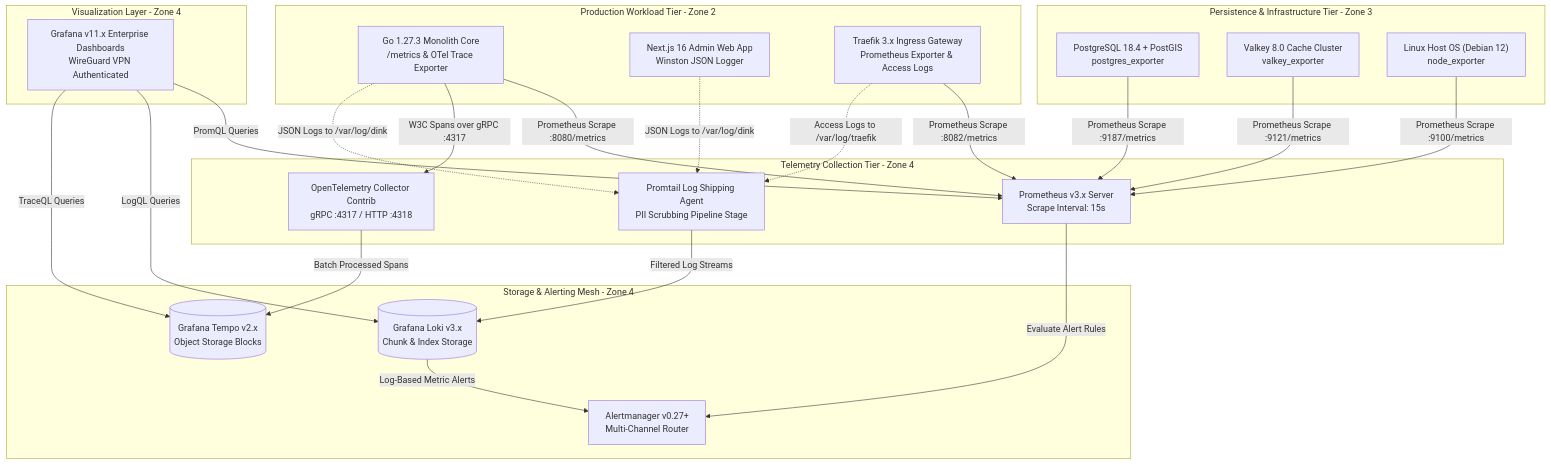
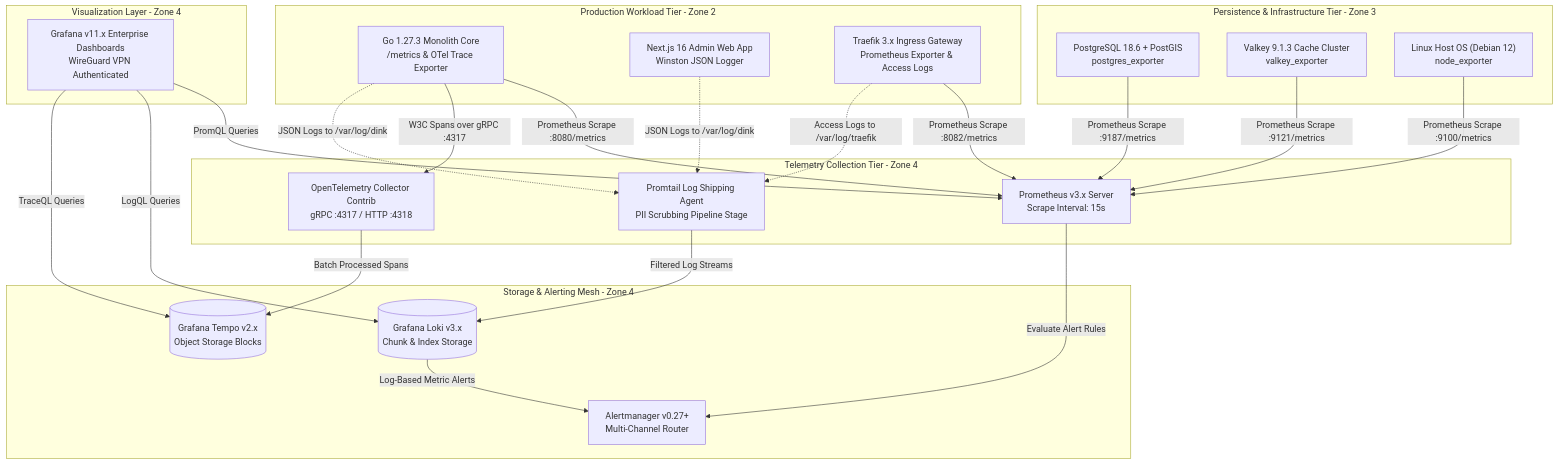
The second of 9 diagrams in docs/shared/architecture/11-observability-monitoring.md (YDink/Heavy-Machinery-Logistics-Rental), drawn with Mermaid before and after one commit. The commit also changed other lines of this file and 212 other files, not shown here.

````diff
--- a/docs/shared/architecture/11-observability-monitoring.md
+++ b/docs/shared/architecture/11-observability-monitoring.md
@@ -92,52 +92,52 @@
 ```mermaid
 flowchart TD
     subgraph WorkloadTier [Production Workload Tier - Zone 2]
         GoMonolith["Go 1.27.3 Monolith Core<br/>/metrics & OTel Trace Exporter"]
         AdminWeb["Next.js 16 Admin Web App<br/>Winston JSON Logger"]
         TraefikEdge["Traefik 3.x Ingress Gateway<br/>Prometheus Exporter & Access Logs"]
     end
 
     subgraph PersistenceTier [Persistence & Infrastructure Tier - Zone 3]
-        PGHost["PostgreSQL 18.4 + PostGIS<br/>postgres_exporter"]
-        ValkeyHost["Valkey 8.0 Cache Cluster<br/>valkey_exporter"]
+        PGHost["PostgreSQL 18.6 + PostGIS<br/>postgres_exporter"]
+        ValkeyHost["Valkey 9.1.3 Cache Cluster<br/>valkey_exporter"]
         LinuxHost["Linux Host OS (Debian 12)<br/>node_exporter"]
     end
 
     subgraph TelemetryIngress [Telemetry Collection Tier - Zone 4]
         OTelCol["OpenTelemetry Collector Contrib<br/>gRPC :4317 / HTTP :4318"]
         PromtailDaemon["Promtail Log Shipping Agent<br/>PII Scrubbing Pipeline Stage"]
         PrometheusServer["Prometheus v3.x Server<br/>Scrape Interval: 15s"]
     end
 
     subgraph StorageAndAlerts [Storage & Alerting Mesh - Zone 4]
         TempoEngine[("Grafana Tempo v2.x<br/>Object Storage Blocks")]
         LokiEngine[("Grafana Loki v3.x<br/>Chunk & Index Storage")]
         AlertMgr["Alertmanager v0.27+<br/>Multi-Channel Router"]
     end
 
     subgraph Presentation [Visualization Layer - Zone 4]
         GrafanaUI["Grafana v11.x Enterprise Dashboards<br/>WireGuard VPN Authenticated"]
     end
 
     %% Wiring
     GoMonolith -->|Prometheus Scrape :8080/metrics| PrometheusServer
     TraefikEdge -->|Prometheus Scrape :8082/metrics| PrometheusServer
     PGHost -->|Prometheus Scrape :9187/metrics| PrometheusServer
     ValkeyHost -->|Prometheus Scrape :9121/metrics| PrometheusServer
     LinuxHost -->|Prometheus Scrape :9100/metrics| PrometheusServer
 
     GoMonolith -->|W3C Spans over gRPC :4317| OTelCol
     OTelCol -->|Batch Processed Spans| TempoEngine
 
     GoMonolith -.->|JSON Logs to /var/log/dink| PromtailDaemon
     AdminWeb -.->|JSON Logs to /var/log/dink| PromtailDaemon
     TraefikEdge -.->|Access Logs to /var/log/traefik| PromtailDaemon
     PromtailDaemon -->|Filtered Log Streams| LokiEngine
 
     PrometheusServer -->|Evaluate Alert Rules| AlertMgr
     LokiEngine -->|Log-Based Metric Alerts| AlertMgr
 
     GrafanaUI -->|PromQL Queries| PrometheusServer
     GrafanaUI -->|LogQL Queries| LokiEngine
     GrafanaUI -->|TraceQL Queries| TempoEngine
 ```
````
